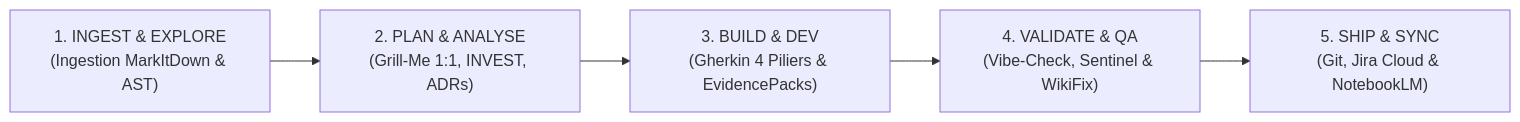
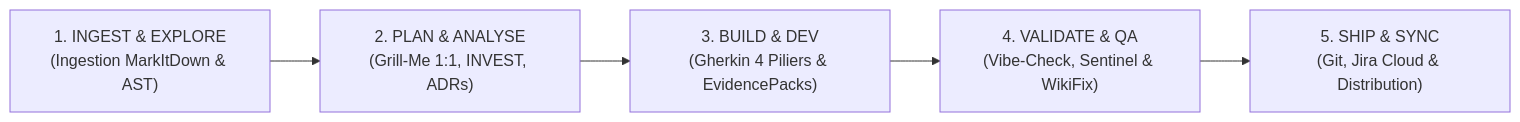
One commit to Marco-Lefrancois/memory-loop changed the diagram in README.md. Above: the diagram before and after it, drawn with Mermaid. The commit also changed 38 other files, not shown here.

````diff
--- a/README.md
+++ b/README.md
@@ -49,7 +49,7 @@
 ```mermaid
 flowchart LR
     P1["1. INGEST & EXPLORE<br>(Ingestion MarkItDown & AST)"] --> P2["2. PLAN & ANALYSE<br>(Grill-Me 1:1, INVEST, ADRs)"]
     P2 --> P3["3. BUILD & DEV<br>(Gherkin 4 Piliers & EvidencePacks)"]
     P3 --> P4["4. VALIDATE & QA<br>(Vibe-Check, Sentinel & WikiFix)"]
-    P4 --> P5["5. SHIP & SYNC<br>(Git, Jira Cloud & NotebookLM)"]
+    P4 --> P5["5. SHIP & SYNC<br>(Git, Jira Cloud & Distribution)"]
 ```
````
